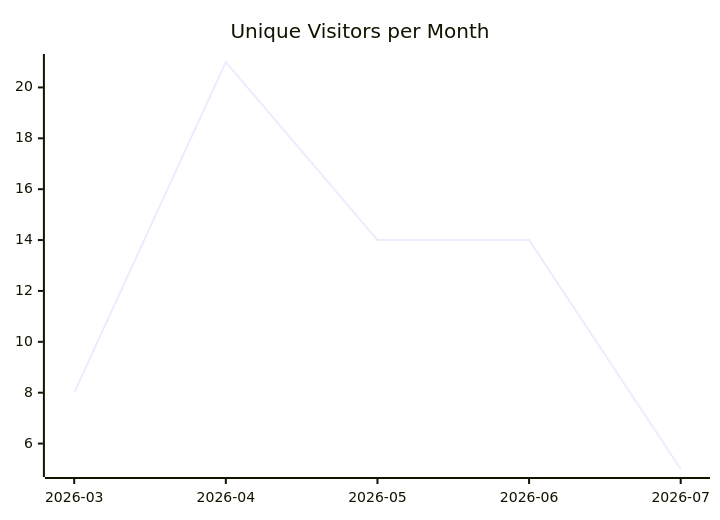
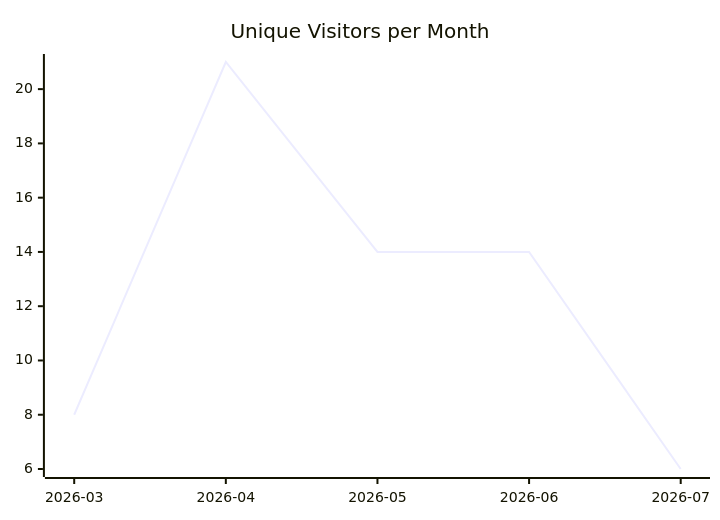
The first of 3 diagrams in karlmdavis/ksoap2-android/README.md (justdavis-family/github-analytics-data), drawn with Mermaid before and after one commit. The commit also changed other lines of this file and 185 other files, not shown here.

````diff
--- a/karlmdavis/ksoap2-android/README.md
+++ b/karlmdavis/ksoap2-android/README.md
@@ -5,6 +5,6 @@
 ```mermaid
 xychart-beta
   title "Unique Visitors per Month"
   x-axis ["2026-03", "2026-04", "2026-05", "2026-06", "2026-07"]
-  line [8, 21, 14, 14, 5]
+  line [8, 21, 14, 14, 6]
 ```
````
